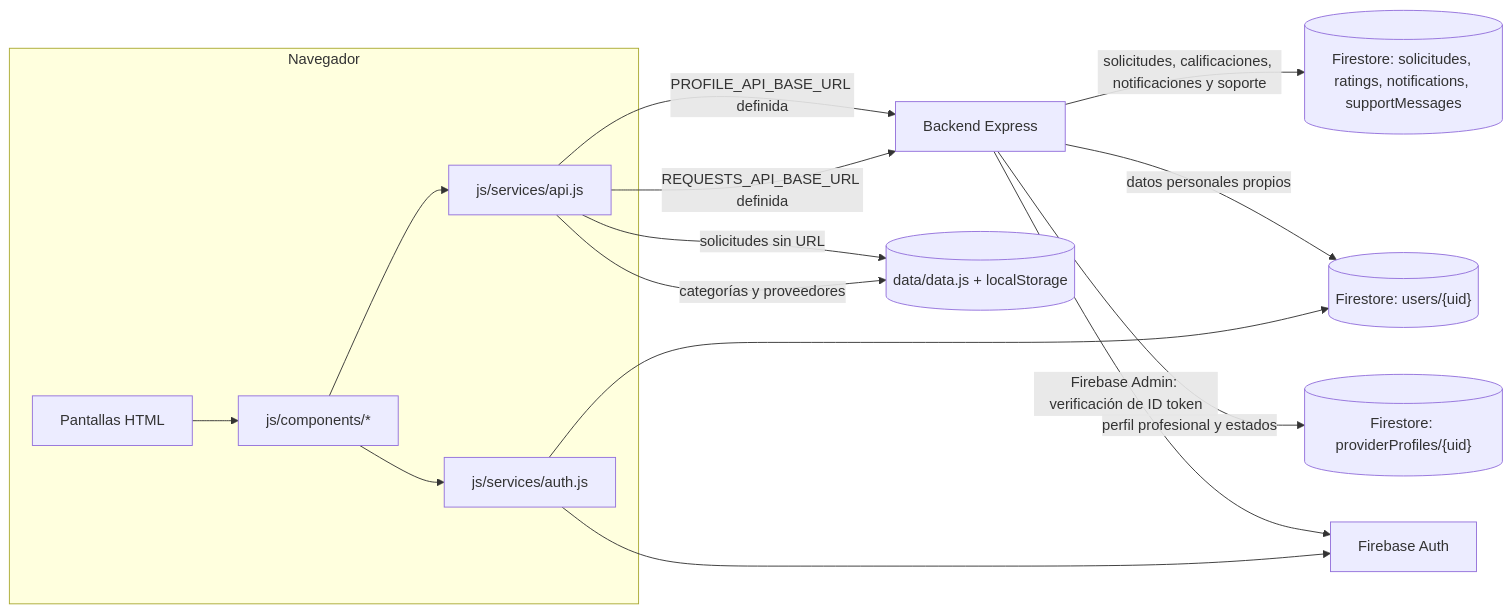
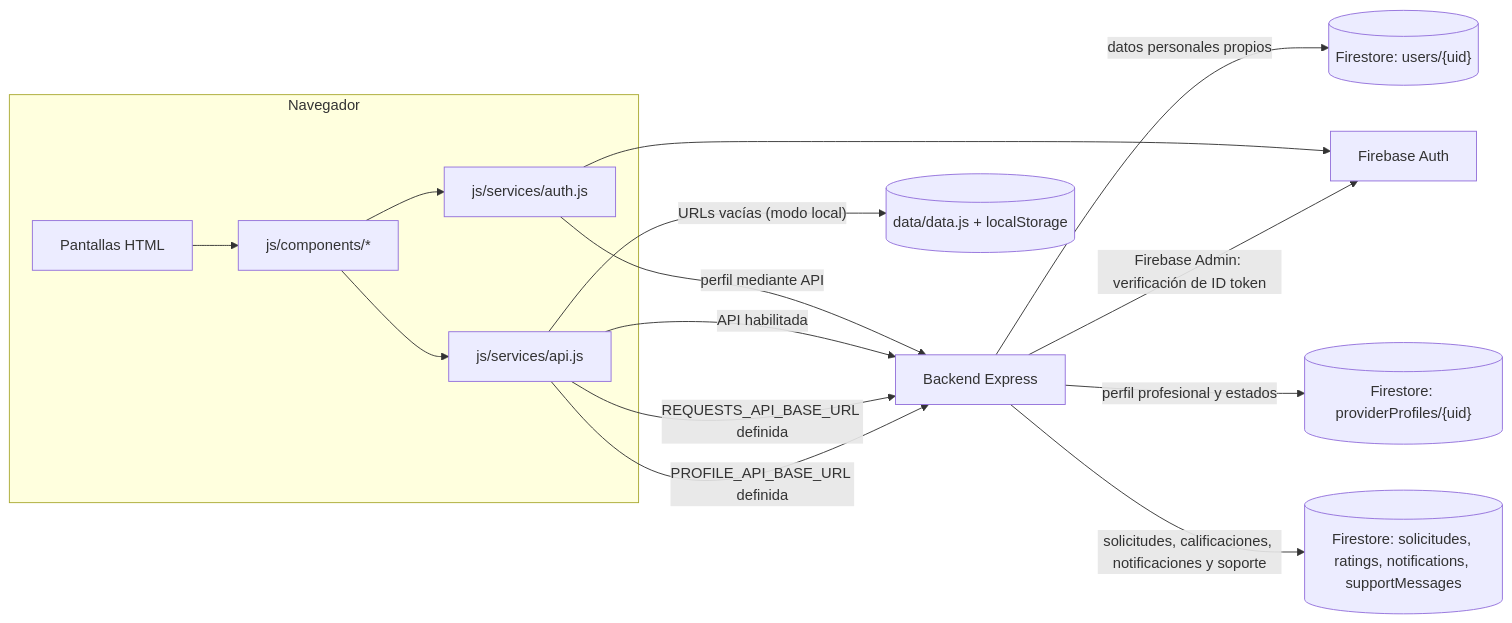
Before and after one commit to Tecnologias-2026-2/HogarFix: the fifth of 5 diagrams in README.md, drawn with Mermaid. The commit also changed other lines of this file, not shown here.

Commit message:
Document backend deployment and catalog setup

````diff
--- a/README.md
+++ b/README.md
@@ -335,18 +335,18 @@
 ```mermaid
 flowchart LR
   subgraph Navegador
     HTML[Pantallas HTML] --> C[js/components/*]
     C --> API[js/services/api.js]
     C --> AUTHUI[js/services/auth.js]
   end
   API -- "PROFILE_API_BASE_URL definida" --> EXP[Backend Express]
   API -- "REQUESTS_API_BASE_URL definida" --> EXP
-  API -- "solicitudes sin URL" --> DEMO[(data/data.js + localStorage)]
-  API -- "categorías y proveedores" --> DEMO
+  API -- "API habilitada" --> EXP[Backend Express]
+  API -- "URLs vacías (modo local)" --> DEMO[(data/data.js + localStorage)]
   EXP -- "Firebase Admin: verificación de ID token" --> AUTH[Firebase Auth]
   EXP -- "datos personales propios" --> USERS[("Firestore: users/{uid}")]
   EXP -- "perfil profesional y estados" --> PROVIDERPROFILES[("Firestore: providerProfiles/{uid}")]
   EXP -- "solicitudes, calificaciones, notificaciones y soporte" --> BUSINESS[("Firestore: solicitudes, ratings, notifications, supportMessages")]
   AUTHUI --> AUTH
-  AUTHUI --> USERS
+  AUTHUI -- "perfil mediante API" --> EXP
 ```
````
